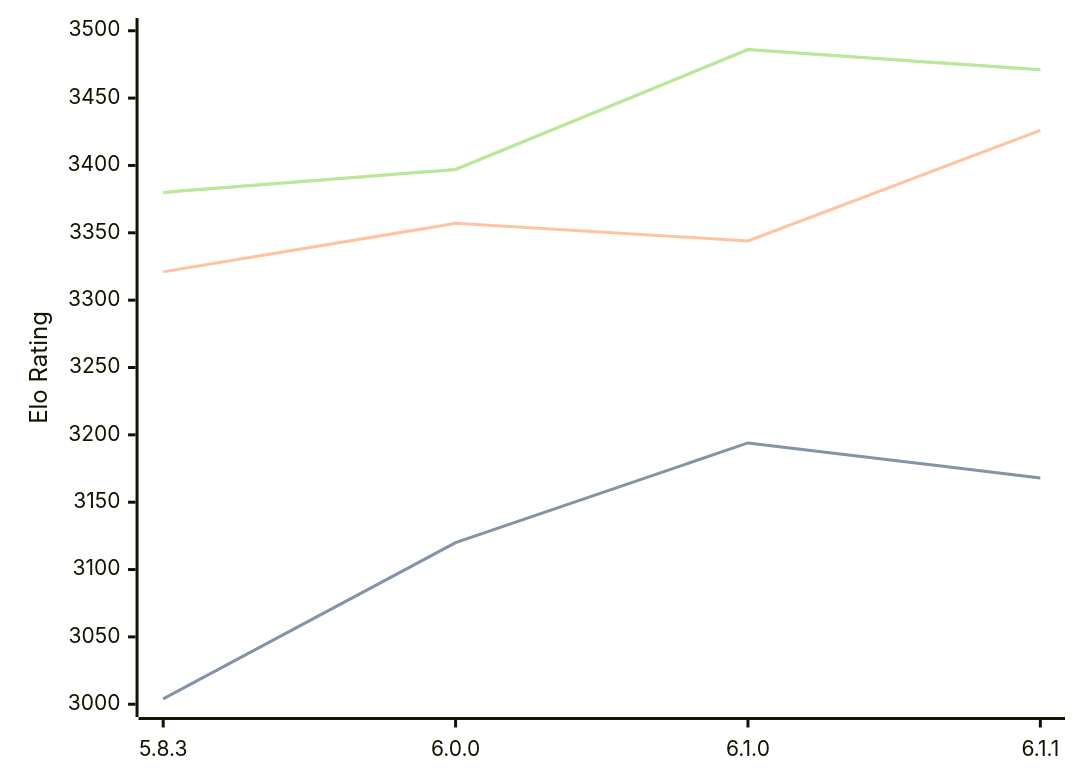
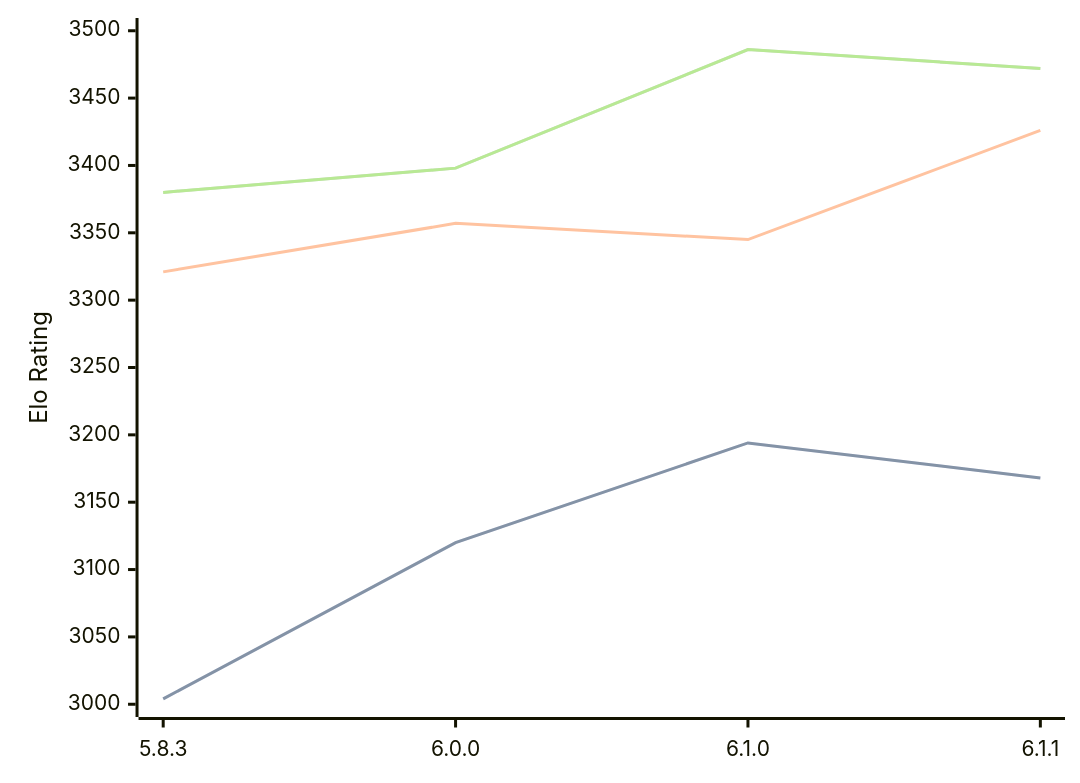
Before and after one commit to computer-chess-index/cci: the diagram in engines/Zigqueen.md, drawn with Mermaid. The commit also changed other lines of this file, not shown here.

Commit message:
Update CCI Ratings (ELO VLTC) - 2026-09-16

````diff
--- a/engines/Zigqueen.md
+++ b/engines/Zigqueen.md
@@ -38,11 +38,11 @@
 ```mermaid
 %%{init: {"theme":"base","themeVariables":{"seriesColors:['#a3a3a3','#222221','#faa371']}}}%%
 xychart-beta
   x-axis ["5.8.3", "6.0.0", "6.1.0", "6.1.1"]
   y-axis "Elo Rating" 3000 --> 3500
   line "" [3004, 3120, 3194, 3168]
   line "STC (8.0+0.08s)" [3004, 3120, 3194, 3168]
-  line "LTC (60.0+0.60s)" [3321, 3357, 3344, 3426]
-  line "" [3380, 3397, 3486, 3471]
-  line "VLTC (2m24s+1.12s)" [3380, 3397, 3486, 3471]
+  line "LTC (60.0+0.60s)" [3321, 3357, 3345, 3426]
+  line "" [3380, 3398, 3486, 3472]
+  line "VLTC (2m24s+1.12s)" [3380, 3398, 3486, 3472]
 ```
````
